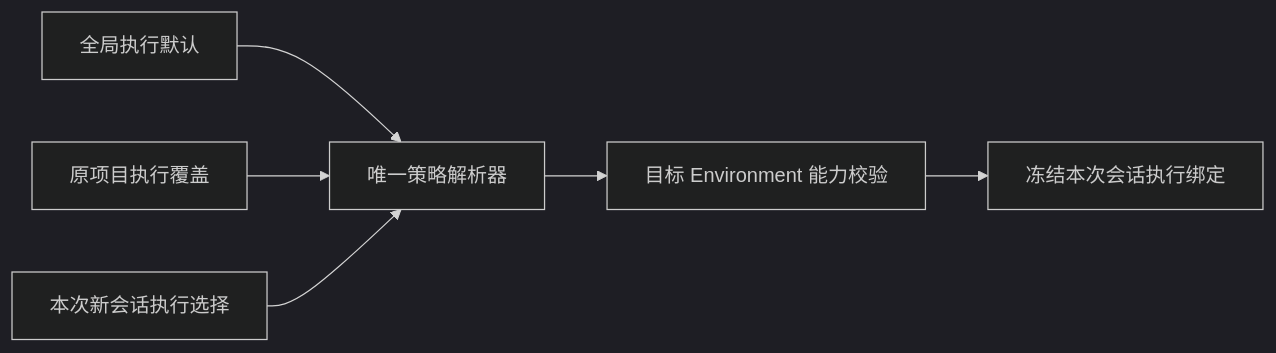
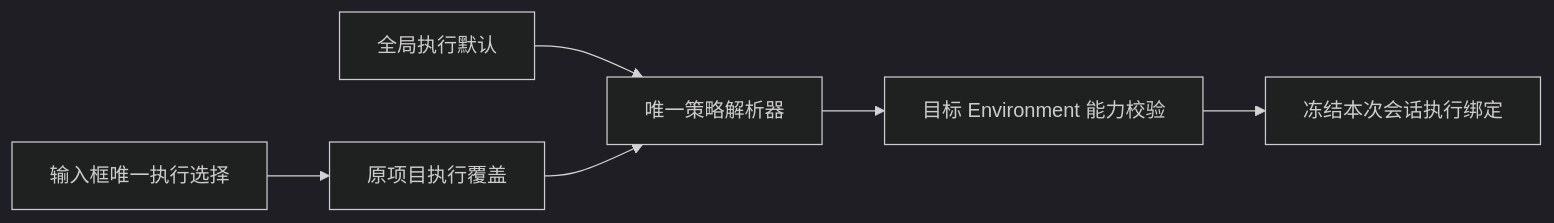
Before and after one commit to lemon-casino/LemonCode: the first of 5 diagrams in specs/git-worktree-enhancements.md, drawn with Mermaid (dark theme). The commit also changed other lines of this file and 100 other files, not shown here.

````diff
--- a/specs/git-worktree-enhancements.md
+++ b/specs/git-worktree-enhancements.md
@@ -126,8 +126,8 @@
 ```mermaid
 flowchart LR
   G[全局执行默认] --> R[唯一策略解析器]
   P[原项目执行覆盖] --> R
-  S[本次新会话执行选择] --> R
+  S[输入框唯一执行选择] --> P
   R --> C[目标 Environment 能力校验]
   C --> E[冻结本次会话执行绑定]
 ```
````
